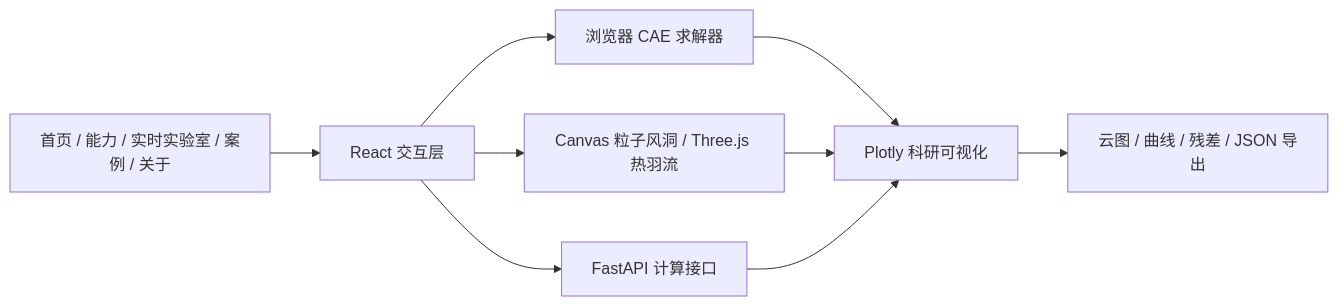
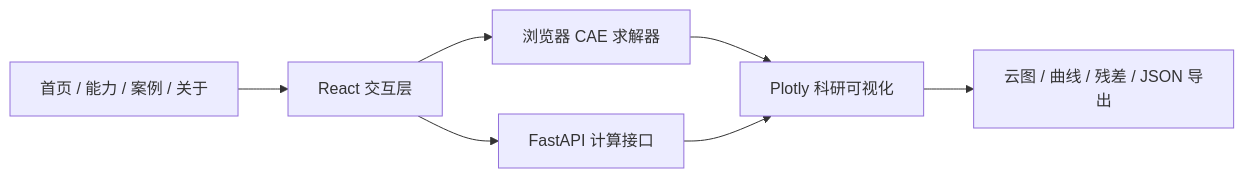
Before and after one commit to PhyTwin/PhyTwin: the diagram in README.md, drawn with Mermaid. The commit also changed other lines of this file and 20 other files, not shown here.

````diff
--- a/README.md
+++ b/README.md
@@ -7,11 +7,9 @@
 ```mermaid
 flowchart LR
-  A[首页 / 能力 / 实时实验室 / 案例 / 关于] --> B[React 交互层]
+  A[首页 / 能力 / 案例 / 关于] --> B[React 交互层]
   B --> C[浏览器 CAE 求解器]
-  B --> R[Canvas 粒子风洞 / Three.js 热羽流]
   B --> D[FastAPI 计算接口]
   C --> E[Plotly 科研可视化]
-  R --> E
   D --> E
   E --> F[云图 / 曲线 / 残差 / JSON 导出]
 ```
````
